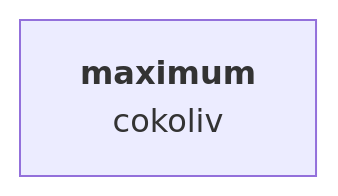
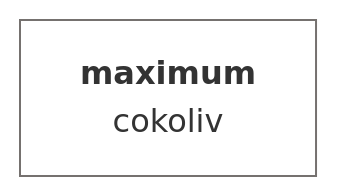
One commit to muzikp/retusa changed the fifth of 23 diagrams in docs/cs-CZ/vector.md. Above: the diagram before and after it, drawn with Mermaid. The commit also changed other lines of this file and 17 other files, not shown here.

````diff
--- a/docs/cs-CZ/vector.md
+++ b/docs/cs-CZ/vector.md
@@ -146,4 +158,7 @@
 ```mermaid
 graph TD
-A[<b>maximum<br></b>cokoliv]
+max[<b>maximum<br></b>cokoliv]
+style max fill:#FFFFFF;
+style max stroke:#75716F;
+
 ```
````
